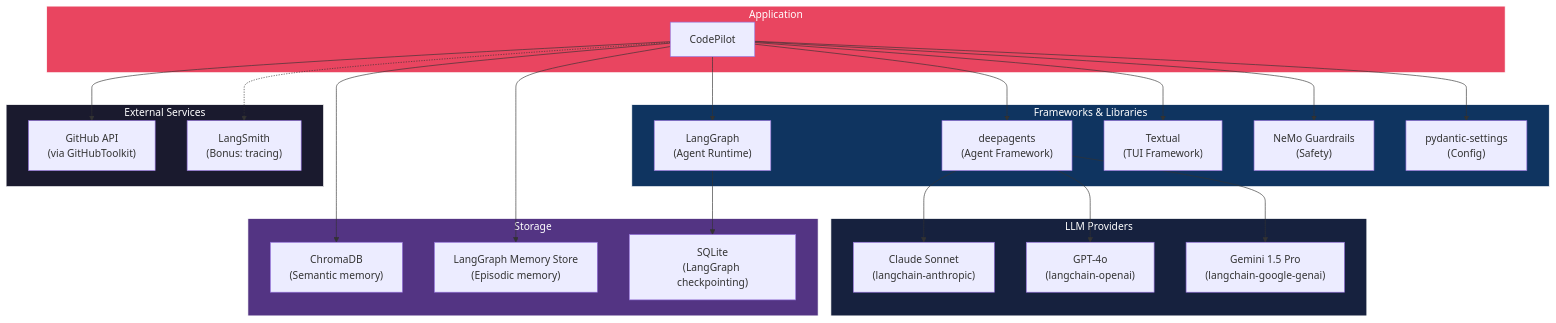
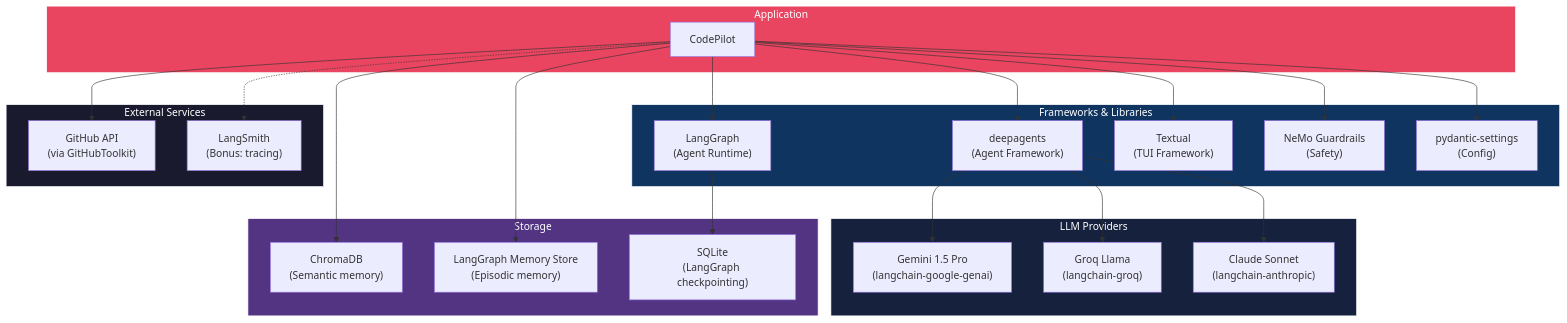
Diagram 15 of 16 in docs/architecture.md (saurabhkaushik120692/codepilot-agent), drawn with Mermaid before and after one commit. The commit also changed other lines of this file and 14 other files, not shown here.

````diff
--- a/docs/architecture.md
+++ b/docs/architecture.md
@@ -815,51 +815,51 @@
 ```mermaid
 graph TD
     subgraph Application["Application"]
         CP["CodePilot"]
     end
 
     subgraph Frameworks["Frameworks & Libraries"]
         DA["deepagents<br/>(Agent Framework)"]
         LG["LangGraph<br/>(Agent Runtime)"]
         TX["Textual<br/>(TUI Framework)"]
         NMG["NeMo Guardrails<br/>(Safety)"]
         PS["pydantic-settings<br/>(Config)"]
     end
 
     subgraph LLMs["LLM Providers"]
-        CL["Claude Sonnet<br/>(langchain-anthropic)"]
-        GP["GPT-4o<br/>(langchain-openai)"]
-        GM["Gemini 1.5 Pro<br/>(langchain-google-genai)"]
+        CL["Gemini 1.5 Pro<br/>(langchain-google-genai)"]
+        GP["Groq Llama<br/>(langchain-groq)"]
+        GM["Claude Sonnet<br/>(langchain-anthropic)"]
     end
 
     subgraph Storage["Storage"]
         CDB["ChromaDB<br/>(Semantic memory)"]
         LMS["LangGraph Memory Store<br/>(Episodic memory)"]
         SQ["SQLite<br/>(LangGraph checkpointing)"]
     end
 
     subgraph External["External Services"]
         GHA["GitHub API<br/>(via GitHubToolkit)"]
         LS["LangSmith<br/>(Bonus: tracing)"]
     end
 
     CP --> DA
     CP --> LG
     CP --> TX
     CP --> NMG
     CP --> PS
     DA --> CL
     DA --> GP
     DA --> GM
     CP --> CDB
     CP --> LMS
     LG --> SQ
     CP --> GHA
     CP -.-> LS
 
     style Application fill:#e94560,stroke:#fff,color:#fff
     style Frameworks fill:#0f3460,stroke:#fff,color:#fff
     style LLMs fill:#16213e,stroke:#fff,color:#fff
     style Storage fill:#533483,stroke:#fff,color:#fff
     style External fill:#1a1a2e,stroke:#fff,color:#fff
 ```
````
